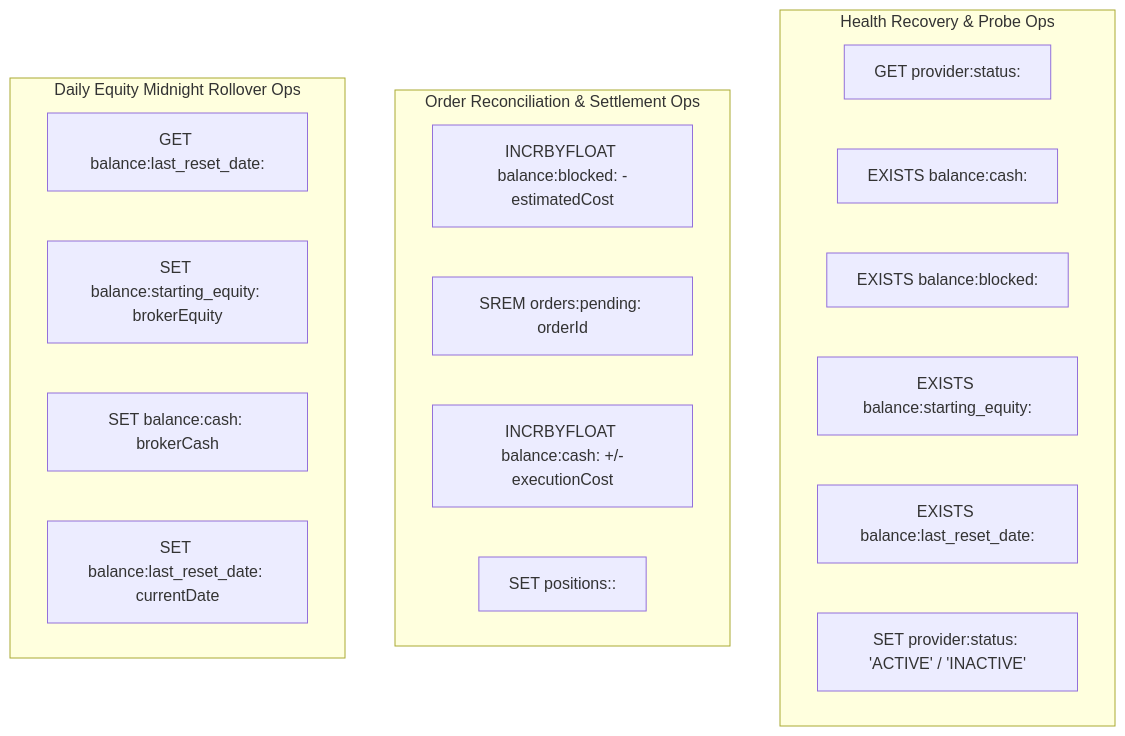
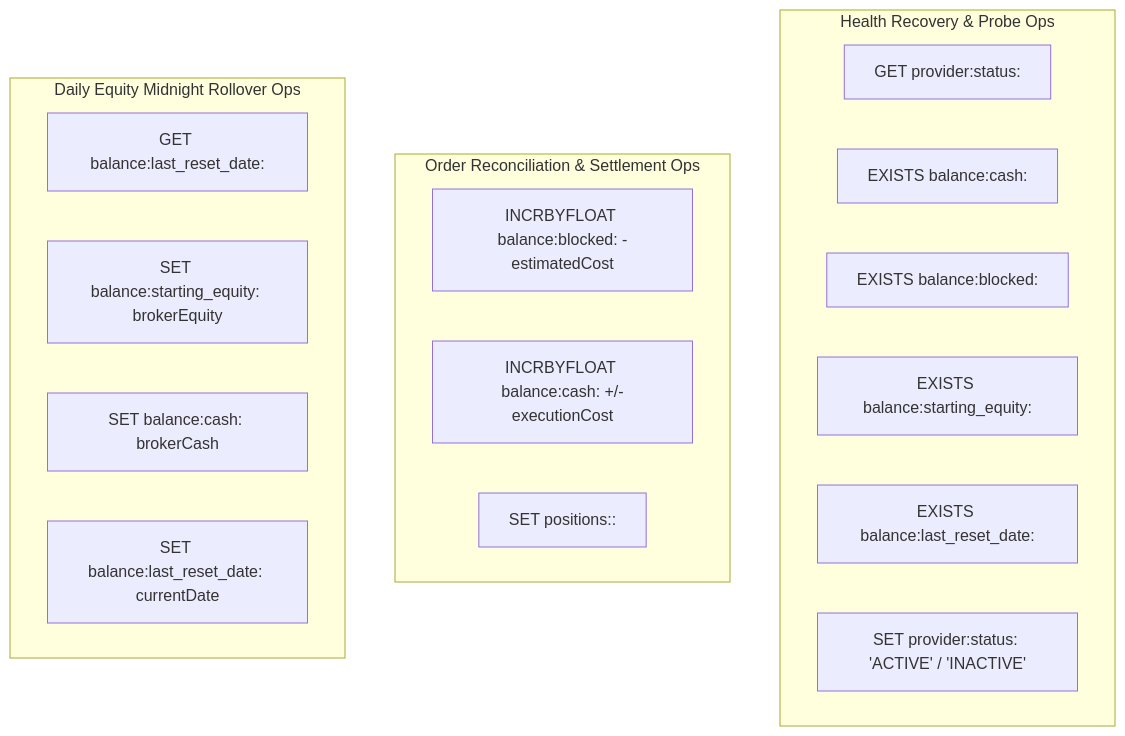
Before and after one commit to jeshupatelg/distributed-trading-system: the second of 2 diagrams in design/redis-keys-flow/jobs.md, drawn with Mermaid. The commit also changed other lines of this file and 11 other files, not shown here.

Commit message:
feat(redis,state): remove dead write-only key ORDERS_PENDING across OPS, OMS, shared-models, and docs

````diff
--- a/design/redis-keys-flow/jobs.md
+++ b/design/redis-keys-flow/jobs.md
@@ -65,25 +63,24 @@
 ```mermaid
 graph TD
     subgraph Health Recovery & Probe Ops
         H1["GET provider:status:<provider>"]
         H2["EXISTS balance:cash:<provider>"]
         H3["EXISTS balance:blocked:<provider>"]
         H4["EXISTS balance:starting_equity:<provider>"]
         H5["EXISTS balance:last_reset_date:<provider>"]
         H6["SET provider:status:<provider> 'ACTIVE' / 'INACTIVE'"]
     end
 
     subgraph Order Reconciliation & Settlement Ops
         O1["INCRBYFLOAT balance:blocked:<provider> -estimatedCost"]
-        O2["SREM orders:pending:<provider> orderId"]
         O3["INCRBYFLOAT balance:cash:<provider> +/-executionCost"]
         O4["SET positions:<provider>:<symbol> newPos"]
     end
 
     subgraph Daily Equity Midnight Rollover Ops
         E1["GET balance:last_reset_date:<provider>"]
         E2["SET balance:starting_equity:<provider> brokerEquity"]
         E3["SET balance:cash:<provider> brokerCash"]
         E4["SET balance:last_reset_date:<provider> currentDate"]
     end
 ```
````
